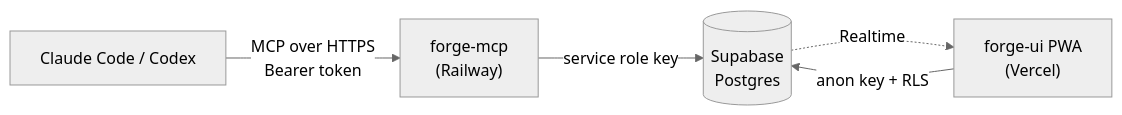
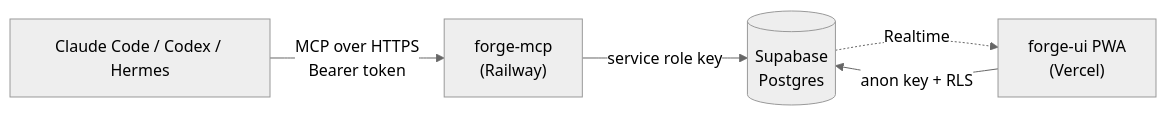
Before and after one commit to OndrejVatka/Forge: the diagram in README.md, drawn with Mermaid (neutral theme). The commit also changed other lines of this file and 1 other file, not shown here.

First line of the commit message:
docs: list hermes among the supported agents

````diff
--- a/README.md
+++ b/README.md
@@ -15,7 +15,7 @@
 ```mermaid
 flowchart LR
-    CC["Claude Code / Codex"] -->|"MCP over HTTPS<br/>Bearer token"| MCP["forge-mcp<br/>(Railway)"]
+    CC["Claude Code / Codex / Hermes"] -->|"MCP over HTTPS<br/>Bearer token"| MCP["forge-mcp<br/>(Railway)"]
     MCP -->|"service role key"| DB[("Supabase<br/>Postgres")]
     UI["forge-ui PWA<br/>(Vercel)"] -->|"anon key + RLS"| DB
     DB -.->|"Realtime"| UI
 ```
````
